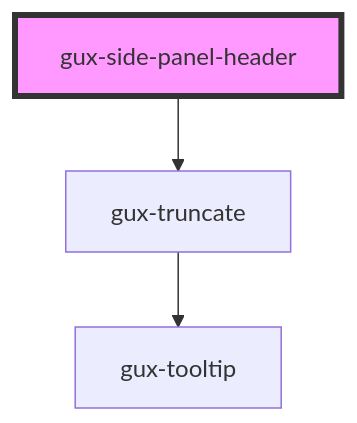
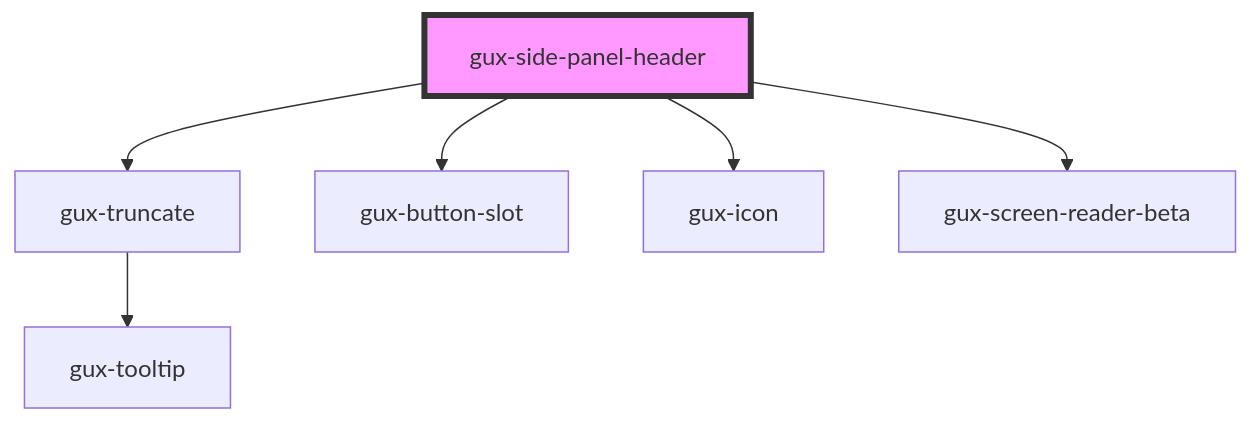
One commit to MyPureCloud/genesys-spark changed the diagram in packages/genesys-spark-components/src/components/beta/gux-side-panel/components/gux-side-panel-header/readme.md. Above: the diagram before and after it, drawn with Mermaid. The commit also changed other lines of this file and 16 other files, not shown here.

First line of the commit message:
chore(side-panel-beta): Fixed playwright tests and accessibility issues

````diff
--- a/packages/genesys-spark-components/src/components/beta/gux-side-panel/components/gux-side-panel-header/readme.md
+++ b/packages/genesys-spark-components/src/components/beta/gux-side-panel/components/gux-side-panel-header/readme.md
@@ -25,6 +43,9 @@
 ```mermaid
 graph TD;
   gux-side-panel-header --> gux-truncate
+  gux-side-panel-header --> gux-button-slot
+  gux-side-panel-header --> gux-icon
+  gux-side-panel-header --> gux-screen-reader-beta
   gux-truncate --> gux-tooltip
   style gux-side-panel-header fill:#f9f,stroke:#333,stroke-width:4px
 ```
````
